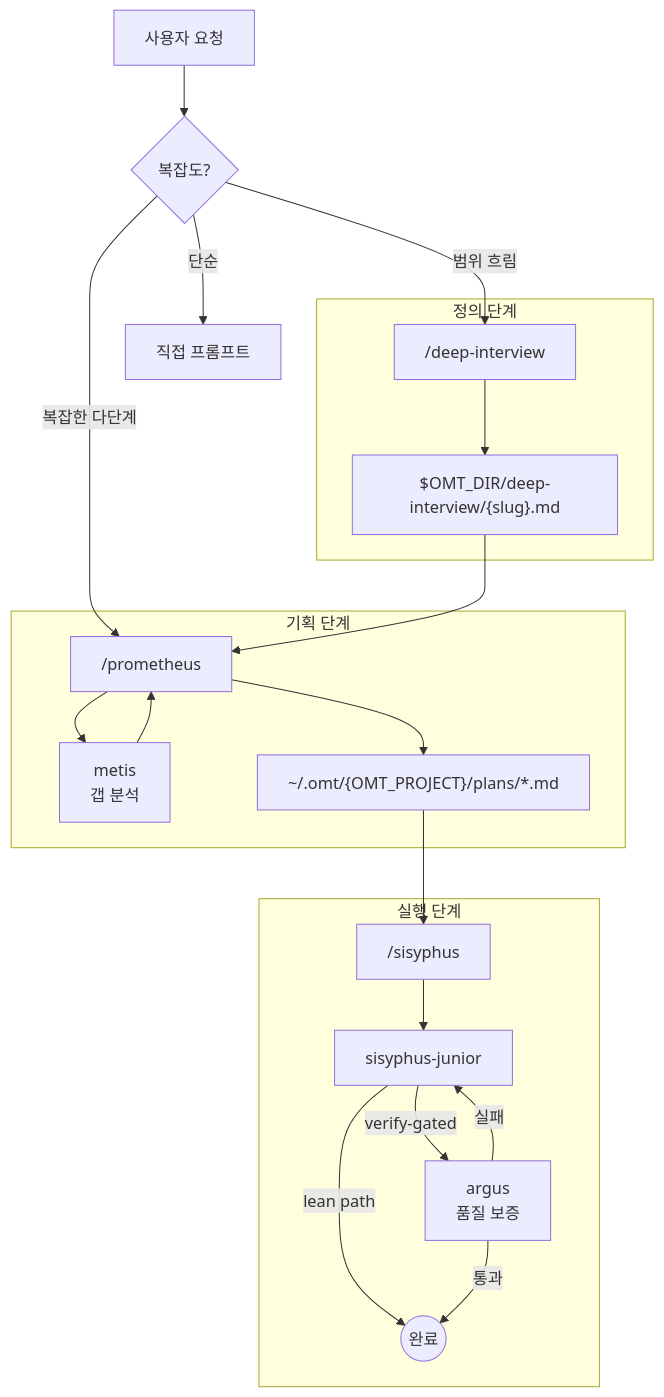
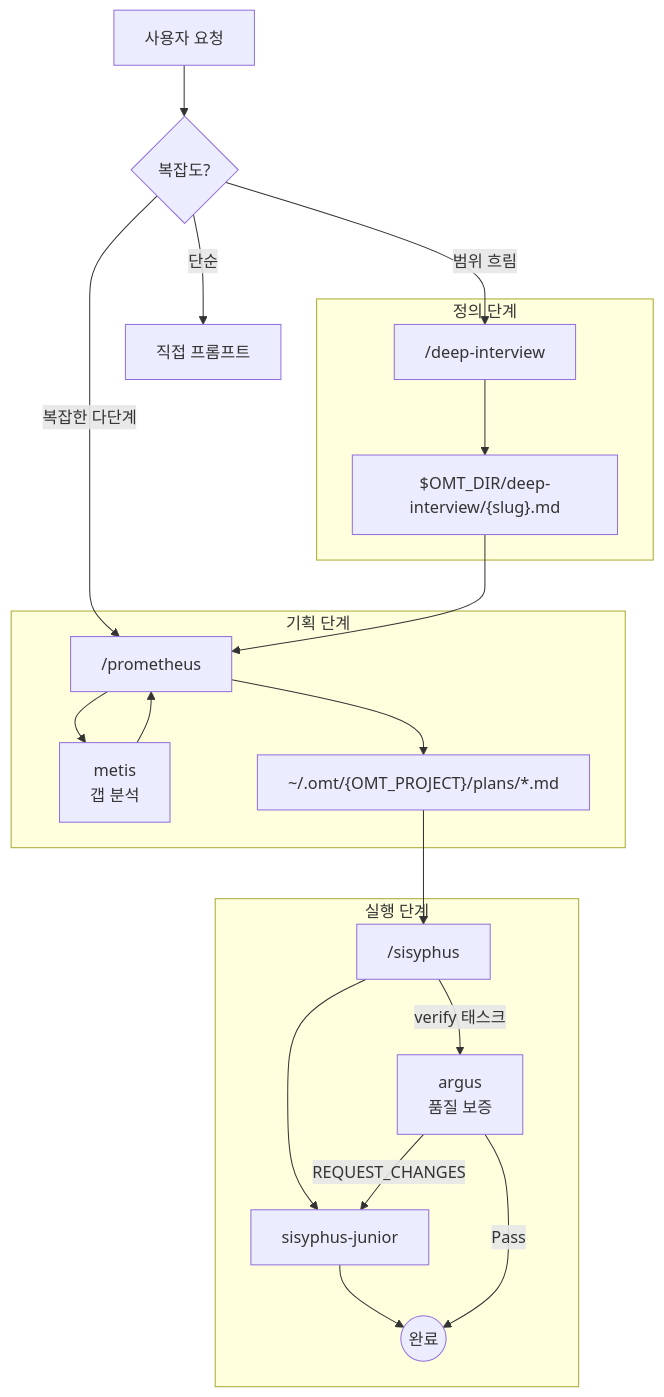
The diagram in docs/ORCHESTRATION.md (toongri/oh-my-toong-playground), drawn with Mermaid before and after one commit. The commit also changed other lines of this file and 8 other files, not shown here.

First line of the commit message:
refactor(sisyphus): verify-gated 하이브리드 구현 경로 제거

````diff
--- a/docs/ORCHESTRATION.md
+++ b/docs/ORCHESTRATION.md
@@ -50,28 +50,28 @@
 ```mermaid
 flowchart TD
     User[사용자 요청] --> Decision{복잡도?}
 
     Decision -->|단순| Direct[직접 프롬프트]
     Decision -->|범위 흐림| DeepInterview["/deep-interview"]
     Decision -->|복잡한 다단계| Prometheus
 
     subgraph 정의 단계
         DeepInterview --> SpecFile["$OMT_DIR/deep-interview/{slug}.md"]
     end
 
     subgraph 기획 단계
         SpecFile --> Prometheus["/prometheus"]
         Prometheus --> Metis[metis<br/>갭 분석]
         Metis --> Prometheus
         Prometheus --> PlanFile["~/.omt/{OMT_PROJECT}/plans/*.md"]
     end
 
     subgraph 실행 단계
         PlanFile --> Sisyphus["/sisyphus"]
         Sisyphus --> Junior[sisyphus-junior]
-        Junior -->|verify-gated| QA[argus<br/>품질 보증]
-        Junior -->|lean path| Done((완료))
-        QA -->|통과| Done
-        QA -->|실패| Junior
+        Junior --> Done((완료))
+        Sisyphus -->|verify 태스크| QA[argus<br/>품질 보증]
+        QA -->|Pass| Done
+        QA -->|REQUEST_CHANGES| Junior
     end
 ```
````
